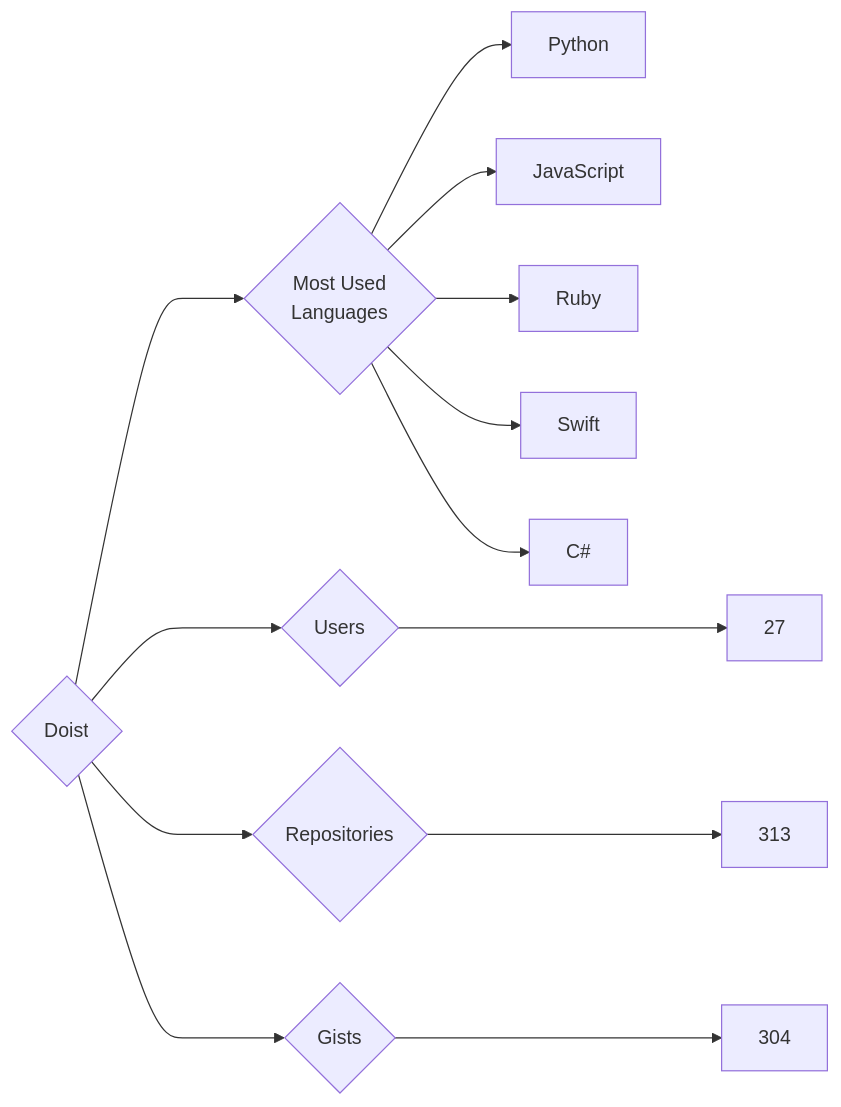
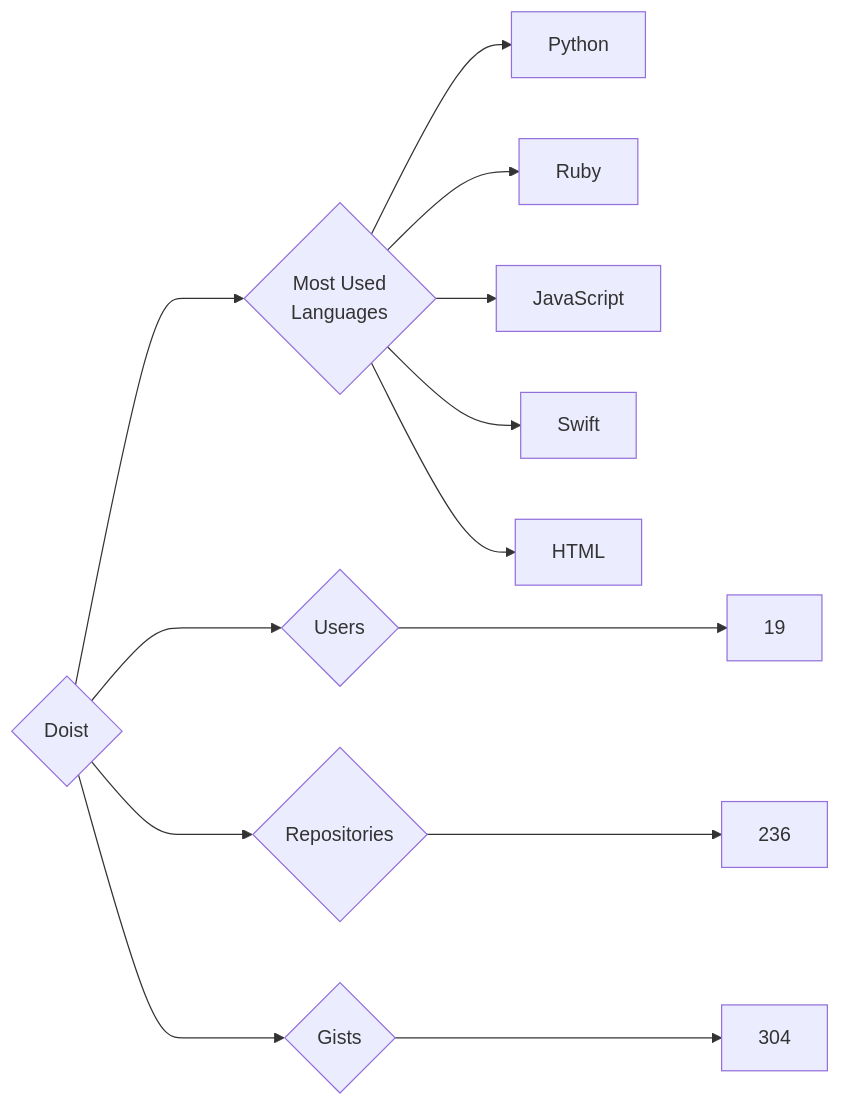
Before and after one commit to trickest/insiders: the diagram in targets/Doist/README.md, drawn with Mermaid. The commit also changed 874 other files, not shown here.

````diff
--- a/targets/Doist/README.md
+++ b/targets/Doist/README.md
@@ -3,13 +3,13 @@
 ```mermaid
 graph LR
 COMPANY_NAME{Doist}
-COMPANY_NAME ---> U{Users} ---> UN[27]
-COMPANY_NAME ---> R{Repositories} ---> RN[313]
+COMPANY_NAME ---> U{Users} ---> UN[19]
+COMPANY_NAME ---> R{Repositories} ---> RN[236]
 COMPANY_NAME ---> G{Gists} ---> GN[304]
 COMPANY_NAME ---> ML{Most Used<br>Languages}
 ML --> Python[Python]
+ML --> Ruby[Ruby]
 ML --> JavaScript[JavaScript]
-ML --> Ruby[Ruby]
 ML --> Swift[Swift]
-ML --> C#[C#]
+ML --> HTML[HTML]
 ```
````
